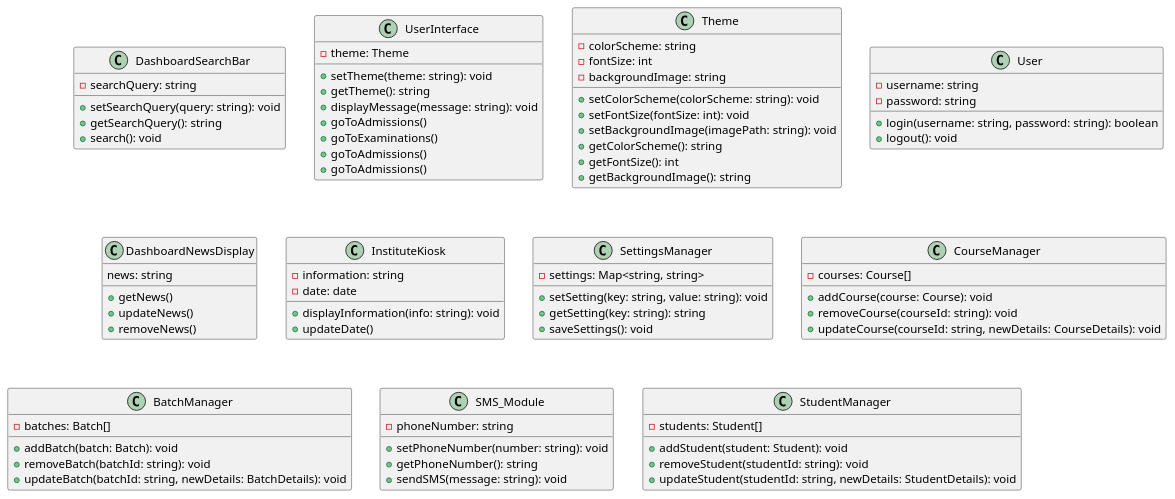
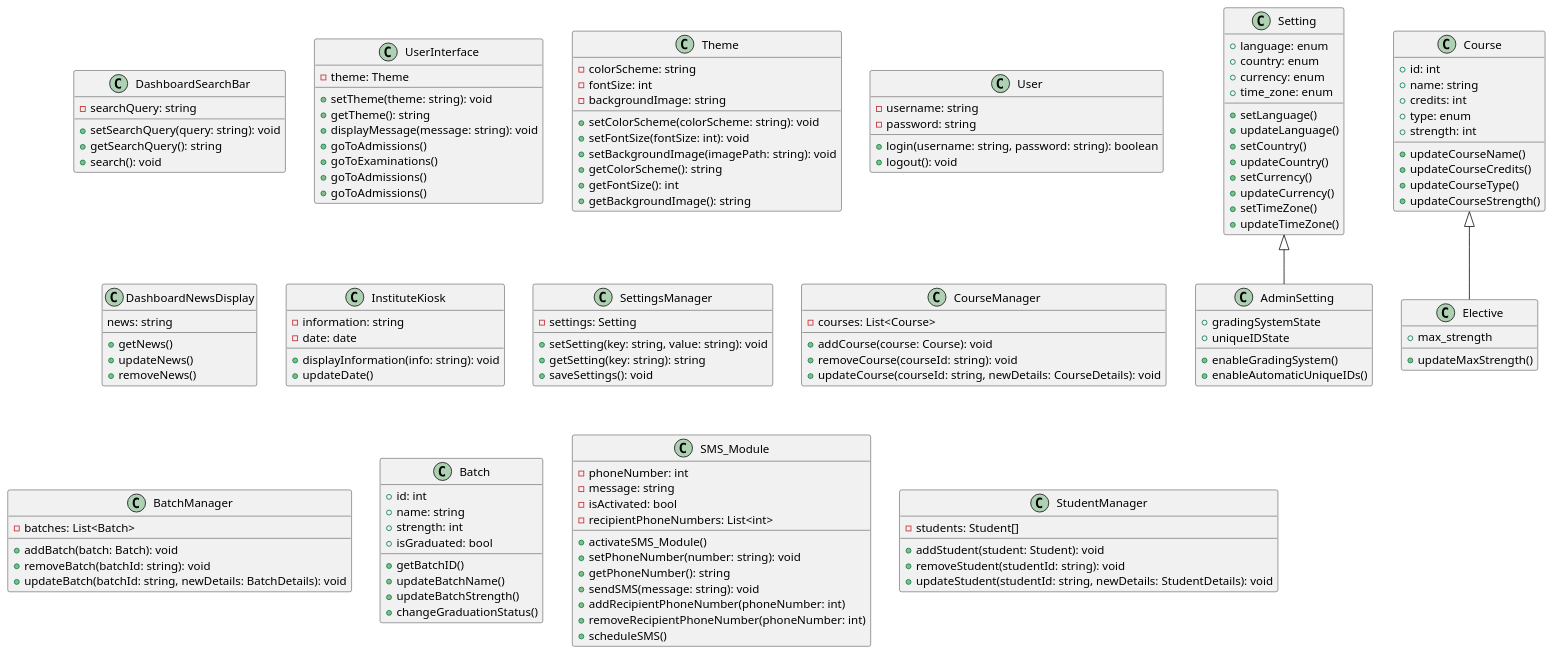
One commit to anshium/DASS-Assignment-3-IMS-System-Design changed the diagram in dashboard.plantuml. Above: the diagram before and after it, drawn with PlantUML.

Commit message:
dashboard changes to a good extent

```diff
--- a/dashboard.plantuml
+++ b/dashboard.plantuml
@@ -1,100 +1,168 @@
 @startuml dashboard
 
 class DashboardSearchBar {
     - searchQuery: string
     + setSearchQuery(query: string): void
     + getSearchQuery(): string
     + search(): void
 }
 
 class UserInterface {
     - theme: Theme
     + setTheme(theme: string): void
     + getTheme(): string
     + displayMessage(message: string): void
 	+ goToAdmissions()
 	+ goToExaminations()
 	+ goToAdmissions()
 	+ goToAdmissions()
 }
 
 class Theme {
     - colorScheme: string
     - fontSize: int
     - backgroundImage: string
 
     + setColorScheme(colorScheme: string): void
     + setFontSize(fontSize: int): void
     + setBackgroundImage(imagePath: string): void
     + getColorScheme(): string
     + getFontSize(): int
     + getBackgroundImage(): string
 }
 
 class User {
     - username: string
     - password: string
     + login(username: string, password: string): boolean
     + logout(): void
 }
 
 class DashboardNewsDisplay {
 	news: string
 
 	+ getNews()
 	+ updateNews()
 	+ removeNews()
 }
 
 class InstituteKiosk {
 	- information: string
 	- date: date
     + displayInformation(info: string): void
 	+ updateDate()
 }
 
 class SettingsManager {
-    - settings: Map<string, string>
+    - settings: Setting
     + setSetting(key: string, value: string): void
     + getSetting(key: string): string
     + saveSettings(): void
 }
 
+' Setting is a class for ease of storing multiple settings
+
+class Setting {
+	+ language: enum
+	+ country: enum
+	+ currency: enum
+	+ time_zone: enum
+
+	+ setLanguage()
+	+ updateLanguage()
+	+ setCountry()
+	+ updateCountry()
+	+ setCurrency()
+	+ updateCurrency()
+	+ setTimeZone()
+	+ updateTimeZone()
+}
+
+class AdminSetting extends Setting {
+	+ gradingSystemState
+	+ uniqueIDState
+
+	+ enableGradingSystem()
+	+ enableAutomaticUniqueIDs()
+}
+
 class CourseManager {
-    - courses: Course[]
+    - courses: List<Course>
+
     + addCourse(course: Course): void
     + removeCourse(courseId: string): void
     + updateCourse(courseId: string, newDetails: CourseDetails): void
 }
 
+class Course {
+	+ id: int
+	+ name: string
+	+ credits: int
+	+ type: enum
+	+ strength: int
+
+	+ updateCourseName()
+	+ updateCourseCredits()
+	+ updateCourseType()
+	+ updateCourseStrength()
+}
+
+class Elective extends Course {
+	+ max_strength
+
+	+ updateMaxStrength()
+}
+
 class BatchManager {
-    - batches: Batch[]
+    - batches: List<Batch>
     + addBatch(batch: Batch): void
     + removeBatch(batchId: string): void
     + updateBatch(batchId: string, newDetails: BatchDetails): void
 }
 
+class Batch {
+	+ id: int
+	+ name: string
+	+ strength: int
+	+ isGraduated: bool
+
+	+ getBatchID()
+	+ updateBatchName()
+	+ updateBatchStrength()
+	+ changeGraduationStatus()
+}
+
 class SMS_Module {
-    - phoneNumber: string
+    - phoneNumber: int
+	- message: string
+	- isActivated: bool
+	- recipientPhoneNumbers: List<int>
+
+	+ activateSMS_Module()
     + setPhoneNumber(number: string): void
     + getPhoneNumber(): string
     + sendSMS(message: string): void
+	+ addRecipientPhoneNumber(phoneNumber: int)
+	+ removeRecipientPhoneNumber(phoneNumber: int)
+	+ scheduleSMS()
 }
 
+' To see
 class StudentManager {
     - students: Student[]
+
     + addStudent(student: Student): void
     + removeStudent(studentId: string): void
     + updateStudent(studentId: string, newDetails: StudentDetails): void
 	'Student categories need to be added'
 }
 
 ' DashboardSearchBar -- UserInterface
 ' UserInterface -- User
 ' User -- InstituteKiosk
 ' SettingsManager -- UserInterface
 ' CourseManager -- BatchManager
 ' SMS_Module -- UserInterface
 ' StudentManager -- CourseManager
 
 @enduml
```
